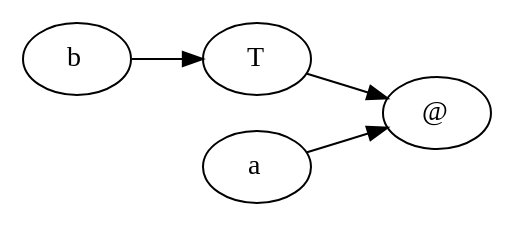
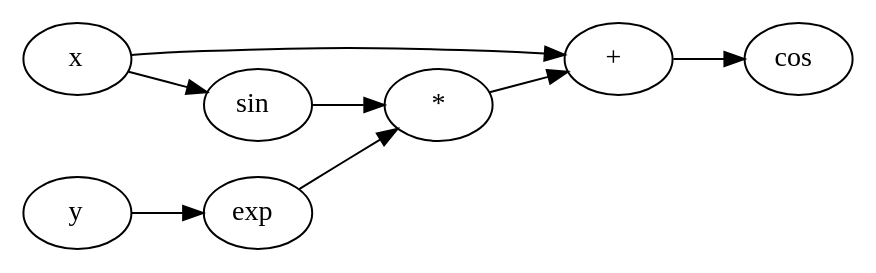
One commit to kartiksrinivas007/NABLA-Automatic-differentiation changed the diagram in Transpiler/computational_graph.dot. Above: the diagram before and after it, drawn with Graphviz. The commit also changed 3 other files, not shown here.

```diff
--- a/Transpiler/computational_graph.dot
+++ b/Transpiler/computational_graph.dot
@@ -1,10 +1,18 @@
 digraph {
 rankdir="LR";
-n4[label=<@>]
-n3 -> n4
-n0 -> n4
-n3[label=<T>]
-n1 -> n3
-n1[label=<b>]
-n0[label=<a>]
+n7[label=<cos>]
+n6 -> n7
+n6[label=<+>]
+n0 -> n6
+n5 -> n6
+n0[label=<x>]
+n5[label=<*>]
+n4 -> n5
+n3 -> n5
+n4[label=<exp>]
+n1 -> n4
+n1[label=<y>]
+n3[label=<sin>]
+n0 -> n3
+n0[label=<x>]
 }
```
